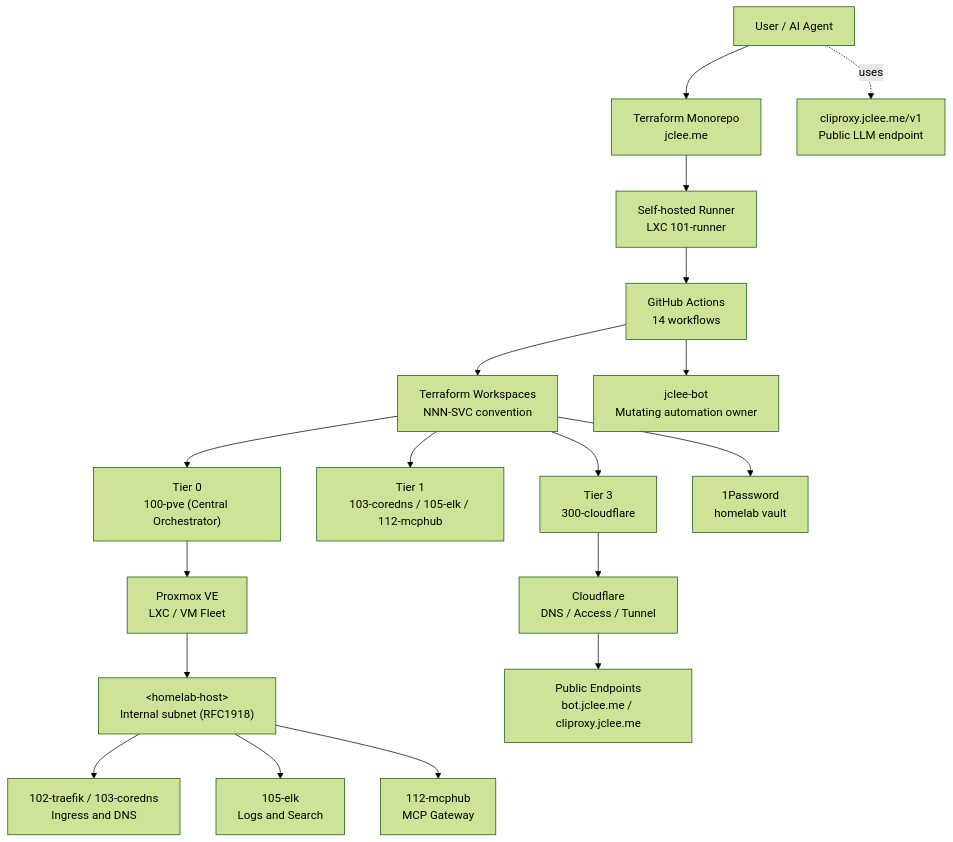
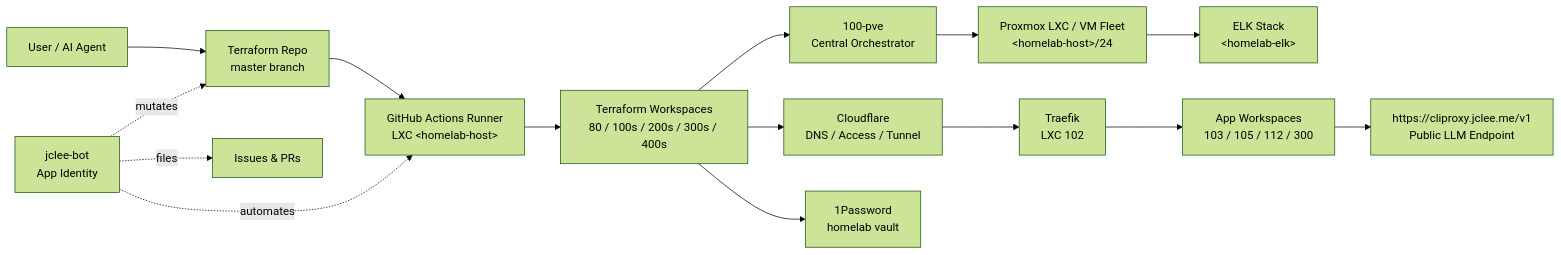
The second of 2 diagrams in README.md (jclee941/terraform), drawn with Mermaid (forest theme) before and after one commit. The commit also changed other lines of this file, not shown here.

````diff
--- a/README.md
+++ b/README.md
@@ -281,20 +264,17 @@
 ```mermaid
-flowchart TB
-    Agent["User / AI Agent"] --> Repo["Terraform Monorepo<br/>jclee.me"]
-    Repo --> Runner["Self-hosted Runner<br/>LXC 101-runner"]
-    Runner --> CI["GitHub Actions<br/>14 workflows"]
-    CI --> WK["Terraform Workspaces<br/>NNN-SVC convention"]
-    WK --> T0["Tier 0<br/>100-pve (Central Orchestrator)"]
-    WK --> T1["Tier 1<br/>103-coredns / 105-elk / 112-mcphub"]
-    WK --> T3["Tier 3<br/>300-cloudflare"]
-    T0 --> PVE["Proxmox VE<br/>LXC / VM Fleet"]
-    PVE --> Fleet["&lt;homelab-host&gt;<br/>Internal subnet (RFC1918)"]
-    Fleet --> Edge["102-traefik / 103-coredns<br/>Ingress and DNS"]
-    Fleet --> Obs["105-elk<br/>Logs and Search"]
-    Fleet --> MCP["112-mcphub<br/>MCP Gateway"]
-    T3 --> CF["Cloudflare<br/>DNS / Access / Tunnel"]
-    CF --> Public["Public Endpoints<br/>bot.jclee.me / cliproxy.jclee.me"]
-    WK --> OP["1Password<br/>homelab vault"]
-    CI --> Bot["jclee-bot<br/>Mutating automation owner"]
-    Agent -.uses.-> LLM["cliproxy.jclee.me/v1<br/>Public LLM endpoint"]
+flowchart LR
+  User["User / AI Agent"] --> Repo["Terraform Repo<br/>master branch"]
+  Repo --> Runner["GitHub Actions Runner<br/>LXC &lt;homelab-host&gt;"]
+  Runner --> TFW["Terraform Workspaces<br/>80 / 100s / 200s / 300s / 400s"]
+  TFW --> Orch["100-pve<br/>Central Orchestrator"]
+  Orch --> Fleet["Proxmox LXC / VM Fleet<br/>&lt;homelab-host&gt;/24"]
+  TFW --> CF["Cloudflare<br/>DNS / Access / Tunnel"]
+  TFW --> OP["1Password<br/>homelab vault"]
+  Fleet --> ELK["ELK Stack<br/>&lt;homelab-elk&gt;"]
+  CF --> Traefik["Traefik<br/>LXC 102"]
+  Traefik --> Apps["App Workspaces<br/>103 / 105 / 112 / 300"]
+  Apps --> CLIProxy["https://cliproxy.jclee.me/v1<br/>Public LLM Endpoint"]
+  Bot["jclee-bot<br/>App Identity"] -. mutates .-> Repo
+  Bot -. automates .-> Runner
+  Bot -. files .-> Issues["Issues &amp; PRs"]
 ```
````
